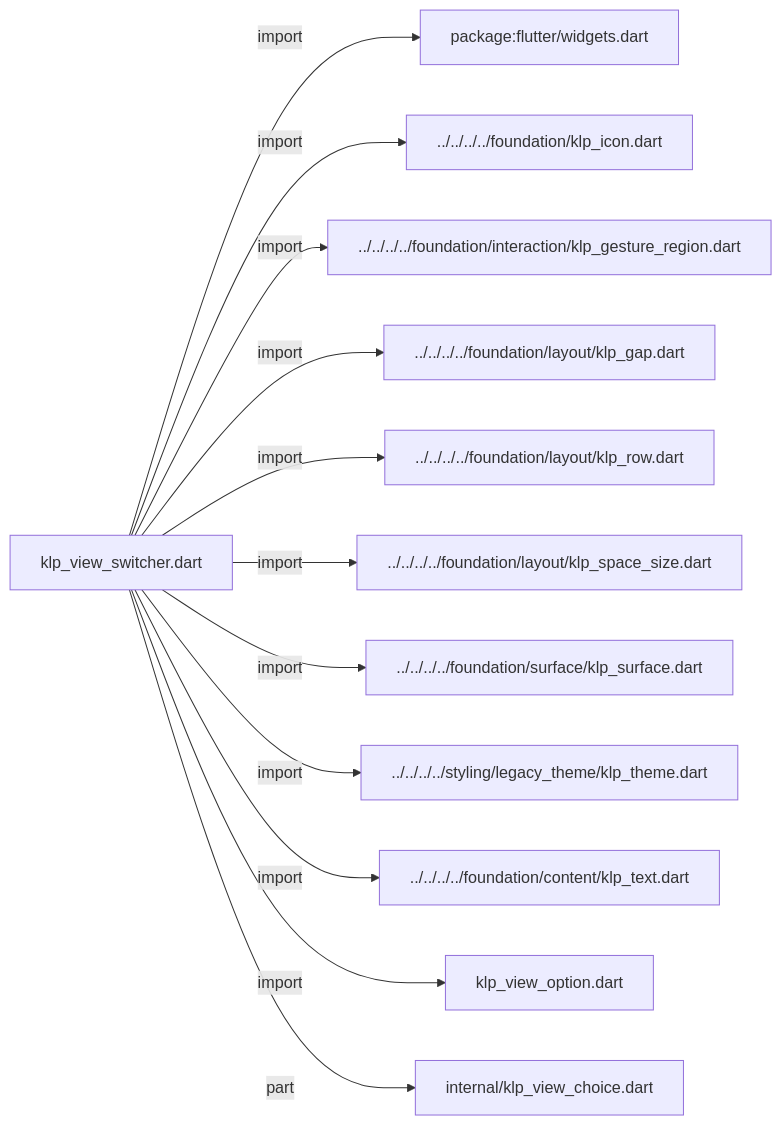
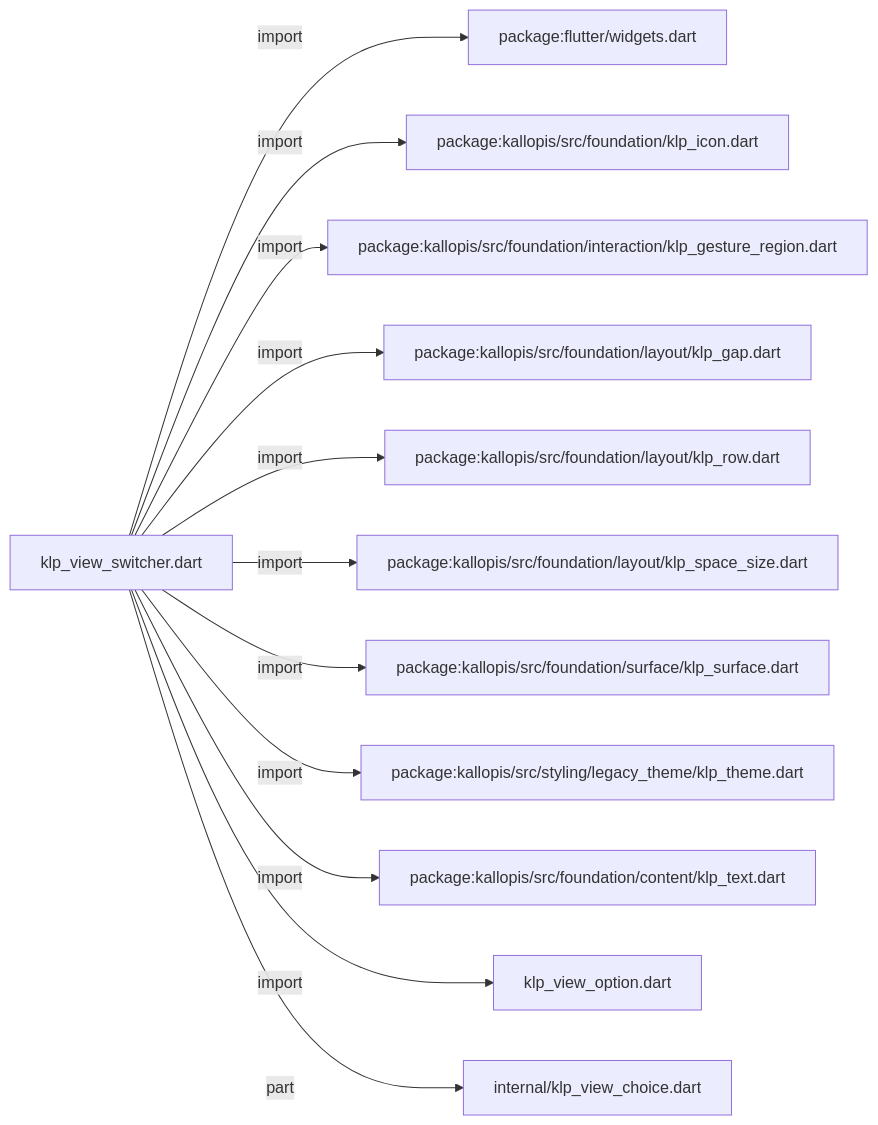
The first of 4 diagrams in docs/architecture/src/features/navigation/widgets/controls/klp_view_switcher.md (MiuDog/Kallopis), drawn with Mermaid before and after one commit. The commit also changed other lines of this file and 9688 other files, not shown here.

Commit message:
Prepare isolated Flow F2 peer baseline

````diff
--- a/docs/architecture/src/features/navigation/widgets/controls/klp_view_switcher.md
+++ b/docs/architecture/src/features/navigation/widgets/controls/klp_view_switcher.md
@@ -11,26 +11,26 @@
 ```mermaid
 flowchart LR
 	n0["klp_view_switcher.dart"]
 	n1["package:flutter/widgets.dart"]
-	n2["../../../../foundation/klp_icon.dart"]
-	n3["../../../../foundation/interaction/klp_gesture_region.dart"]
-	n4["../../../../foundation/layout/klp_gap.dart"]
-	n5["../../../../foundation/layout/klp_row.dart"]
-	n6["../../../../foundation/layout/klp_space_size.dart"]
-	n7["../../../../foundation/surface/klp_surface.dart"]
-	n8["../../../../styling/legacy_theme/klp_theme.dart"]
-	n9["../../../../foundation/content/klp_text.dart"]
+	n2["package:kallopis/src/foundation/klp_icon.dart"]
+	n3["package:kallopis/src/foundation/interaction/klp_gesture_region.dart"]
+	n4["package:kallopis/src/foundation/layout/klp_gap.dart"]
+	n5["package:kallopis/src/foundation/layout/klp_row.dart"]
+	n6["package:kallopis/src/foundation/layout/klp_space_size.dart"]
+	n7["package:kallopis/src/foundation/surface/klp_surface.dart"]
+	n8["package:kallopis/src/styling/legacy_theme/klp_theme.dart"]
+	n9["package:kallopis/src/foundation/content/klp_text.dart"]
 	n10["klp_view_option.dart"]
 	n11["internal/klp_view_choice.dart"]
 	n0 -->|"import"| n1
 	n0 -->|"import"| n2
 	n0 -->|"import"| n3
 	n0 -->|"import"| n4
 	n0 -->|"import"| n5
 	n0 -->|"import"| n6
 	n0 -->|"import"| n7
 	n0 -->|"import"| n8
 	n0 -->|"import"| n9
 	n0 -->|"import"| n10
 	n0 -->|"part"| n11
 ```
````
